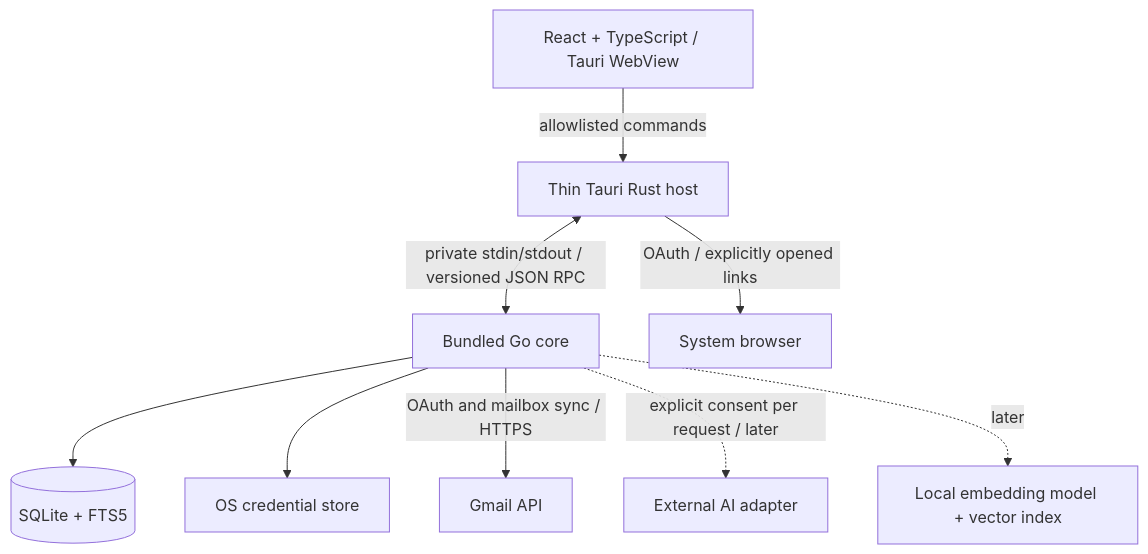
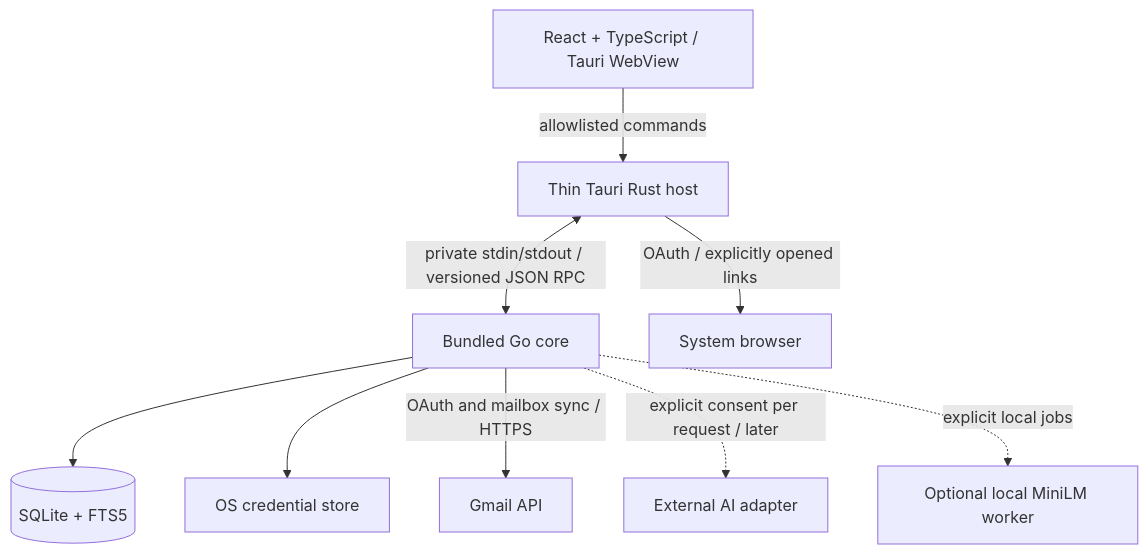
Before and after one commit to augahmed/MailPilot: the diagram in docs/ARCHITECTURE.md, drawn with Mermaid. The commit also changed other lines of this file and 92 other files, not shown here.

````diff
--- a/docs/ARCHITECTURE.md
+++ b/docs/ARCHITECTURE.md
@@ -34,11 +34,11 @@
 ```mermaid
 flowchart TB
   UI[React + TypeScript / Tauri WebView] -->|allowlisted commands| Shell[Thin Tauri Rust host]
   Shell <-->|private stdin/stdout / versioned JSON RPC| Core[Bundled Go core]
   Core --> DB[(SQLite + FTS5)]
   Core --> Keys[OS credential store]
   Core -->|OAuth and mailbox sync / HTTPS| Gmail[Gmail API]
   Core -. explicit consent per request / later .-> AI[External AI adapter]
-  Core -. later .-> Vector[Local embedding model + vector index]
+  Core -. explicit local jobs .-> Vector[Optional local MiniLM worker]
   Shell -->|OAuth / explicitly opened links| Browser[System browser]
 ```
````
